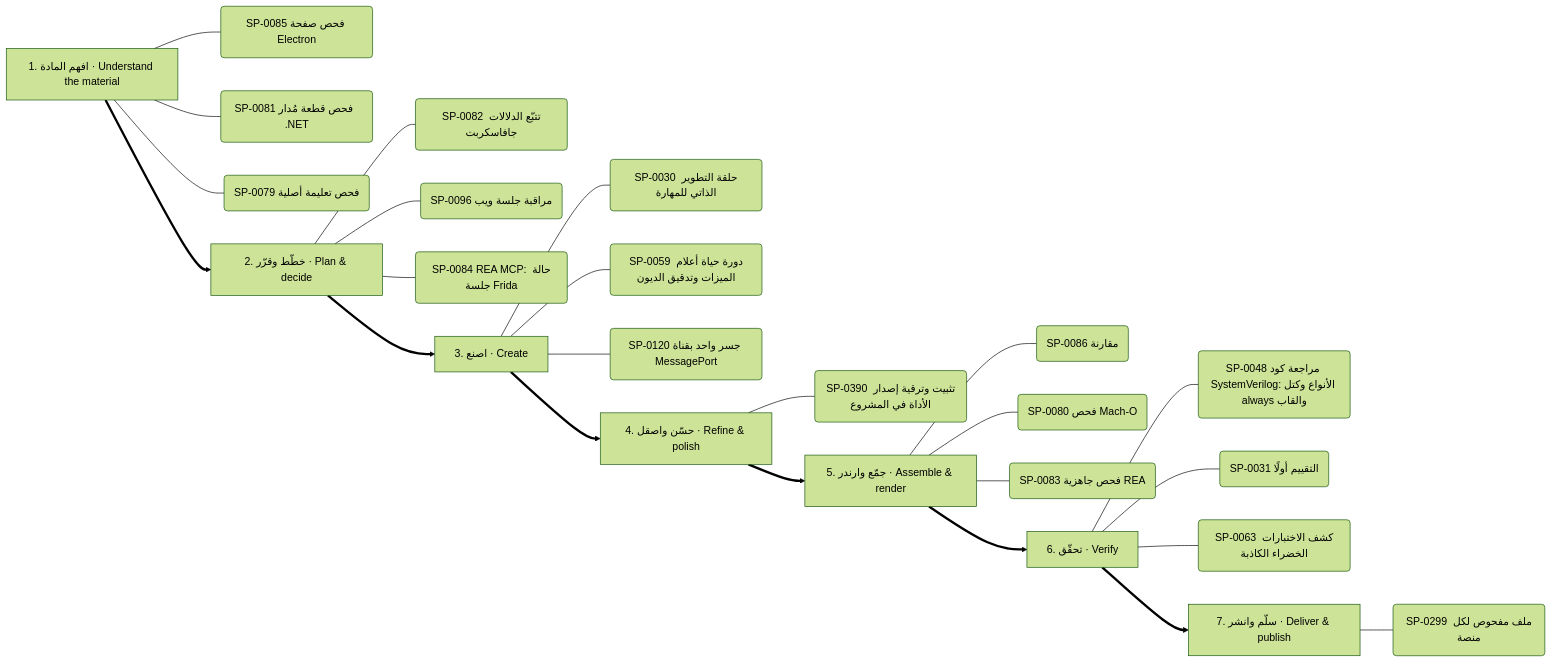
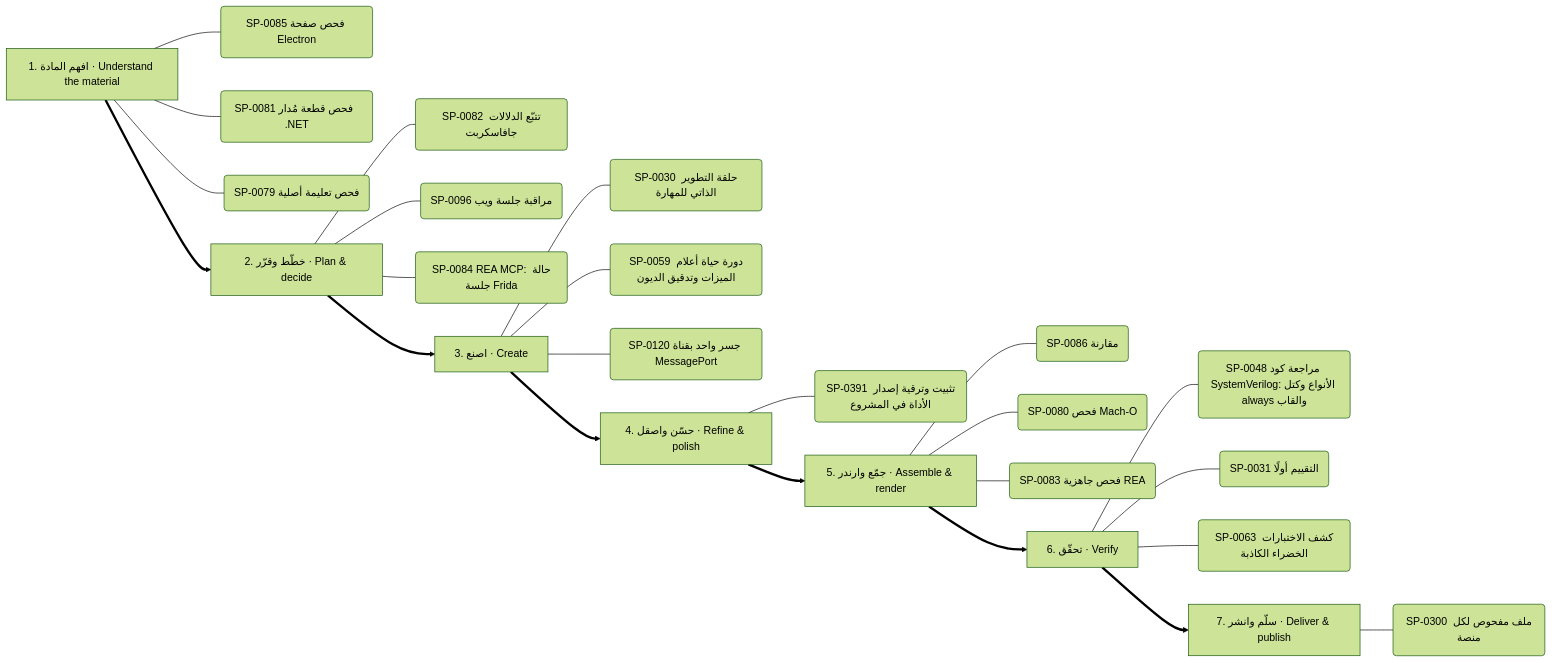
Diagram 11 of 13 in .claude/skills/kosif-superpowers/references/capability-mindmap.md (kosif199022-jpg/kosif-tool), drawn with Mermaid (forest theme) before and after one commit. The commit also changed other lines of this file and 57 other files, not shown here.

````diff
--- a/.claude/skills/kosif-superpowers/references/capability-mindmap.md
+++ b/.claude/skills/kosif-superpowers/references/capability-mindmap.md
@@ -557,33 +557,33 @@
 ```mermaid
 flowchart LR
   S0["1. افهم المادة · Understand the material"]
   S0 --- S0_0("SP-0085 فحص صفحة Electron")
   S0 --- S0_1("SP-0081 فحص قطعة مُدار  .NET ")
   S0 --- S0_2("SP-0079 فحص تعليمة أصلية")
   S1["2. خطّط وقرّر · Plan & decide"]
   S1 --- S1_0("SP-0082 تتبّع الدلالات جافاسكربت")
   S1 --- S1_1("SP-0096 مراقبة جلسة ويب")
   S1 --- S1_2("SP-0084 REA MCP: حالة جلسة Frida")
   S0 ==> S1
   S2["3. اصنع · Create"]
   S2 --- S2_0("SP-0030 حلقة التطوير الذاتي للمهارة")
   S2 --- S2_1("SP-0059 دورة حياة أعلام الميزات وتدقيق الديون")
   S2 --- S2_2("SP-0120 جسر واحد بقناة MessagePort")
   S1 ==> S2
   S3["4. حسّن واصقل · Refine & polish"]
-  S3 --- S3_0("SP-0390 تثبيت وترقية إصدار الأداة في المشروع")
+  S3 --- S3_0("SP-0391 تثبيت وترقية إصدار الأداة في المشروع")
   S2 ==> S3
   S4["5. جمّع وارندر · Assemble & render"]
   S4 --- S4_0("SP-0086 مقارنة")
   S4 --- S4_1("SP-0080 فحص Mach-O")
   S4 --- S4_2("SP-0083 فحص جاهزية REA")
   S3 ==> S4
   S5["6. تحقّق · Verify"]
   S5 --- S5_0("SP-0048 مراجعة كود SystemVerilog: الأنواع وكتل always والقاب")
   S5 --- S5_1("SP-0031 التقييم أولًا")
   S5 --- S5_2("SP-0063 كشف الاختبارات الخضراء الكاذبة")
   S4 ==> S5
   S6["7. سلّم وانشر · Deliver & publish"]
-  S6 --- S6_0("SP-0299 ملف مفحوص لكل منصة")
+  S6 --- S6_0("SP-0300 ملف مفحوص لكل منصة")
   S5 ==> S6
 ```
````
